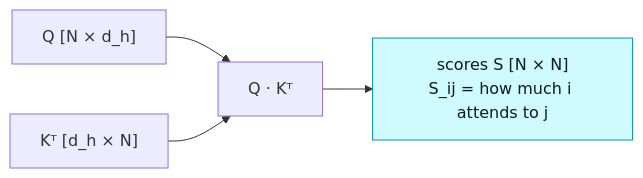
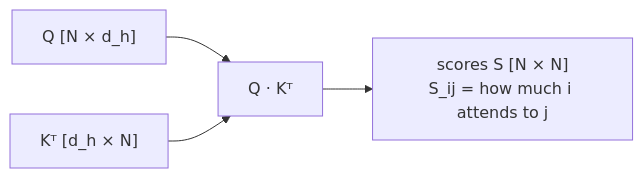
The fourth of 10 diagrams in docs/foundations/transformer-from-scratch.md (youyun8/deep-kernel-handbook), drawn with Mermaid before and after one commit. The commit also changed other lines of this file and 9 other files, not shown here.

Commit message:
docs: theme Mermaid diagrams via CSS instead of baked classDef colors

````diff
--- a/docs/foundations/transformer-from-scratch.md
+++ b/docs/foundations/transformer-from-scratch.md
@@ -119,8 +116,7 @@
 ```mermaid
 flowchart LR
     Q["Q [N × d_h]"] --> MM["Q · Kᵀ"]
     K["Kᵀ [d_h × N]"] --> MM
     MM --> S["scores S [N × N]<br/>S_ij = how much i attends to j"]
     class S accCyan;
-    classDef accCyan fill:#cffafe,stroke:#0891b2,color:#111827;
 ```
````
